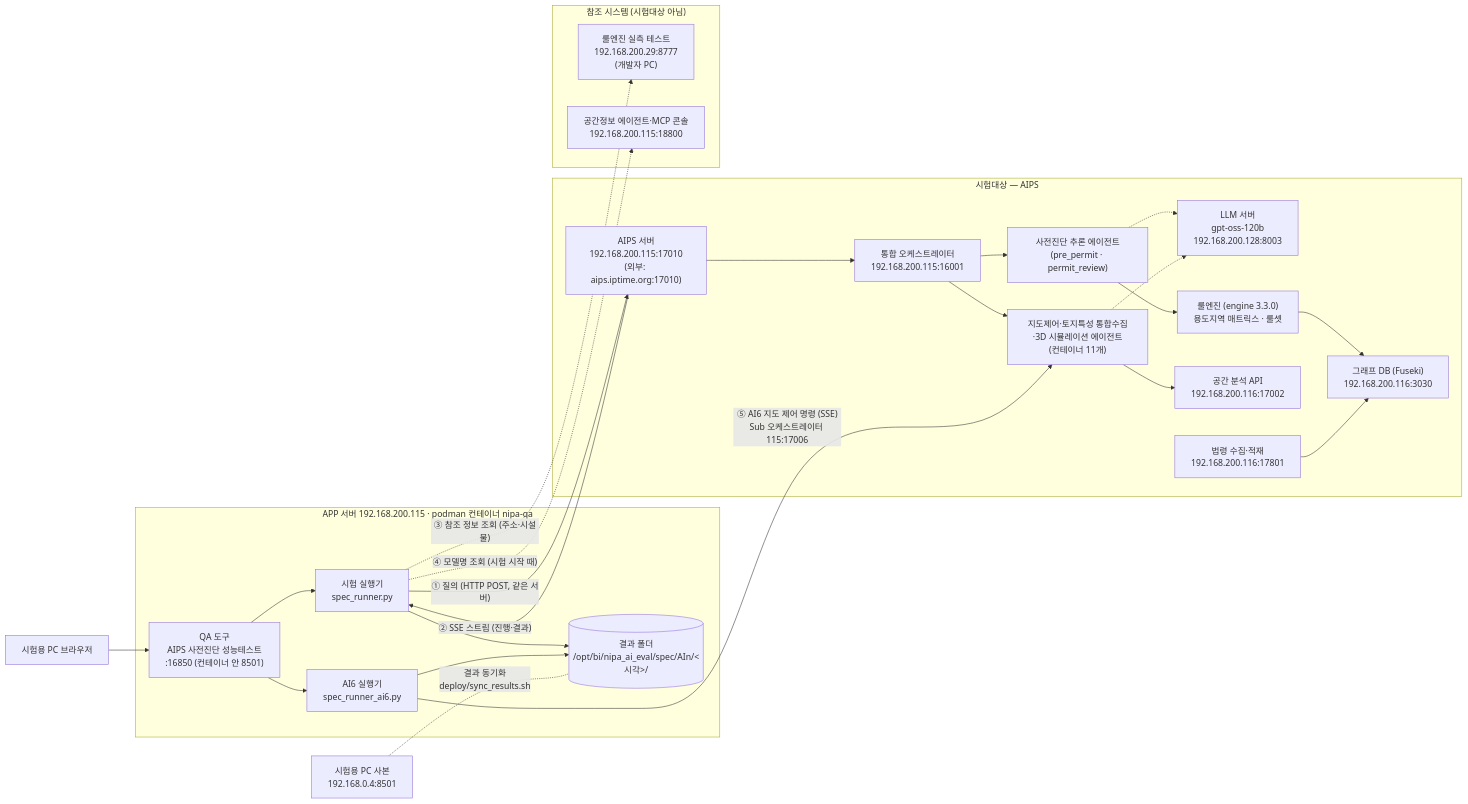
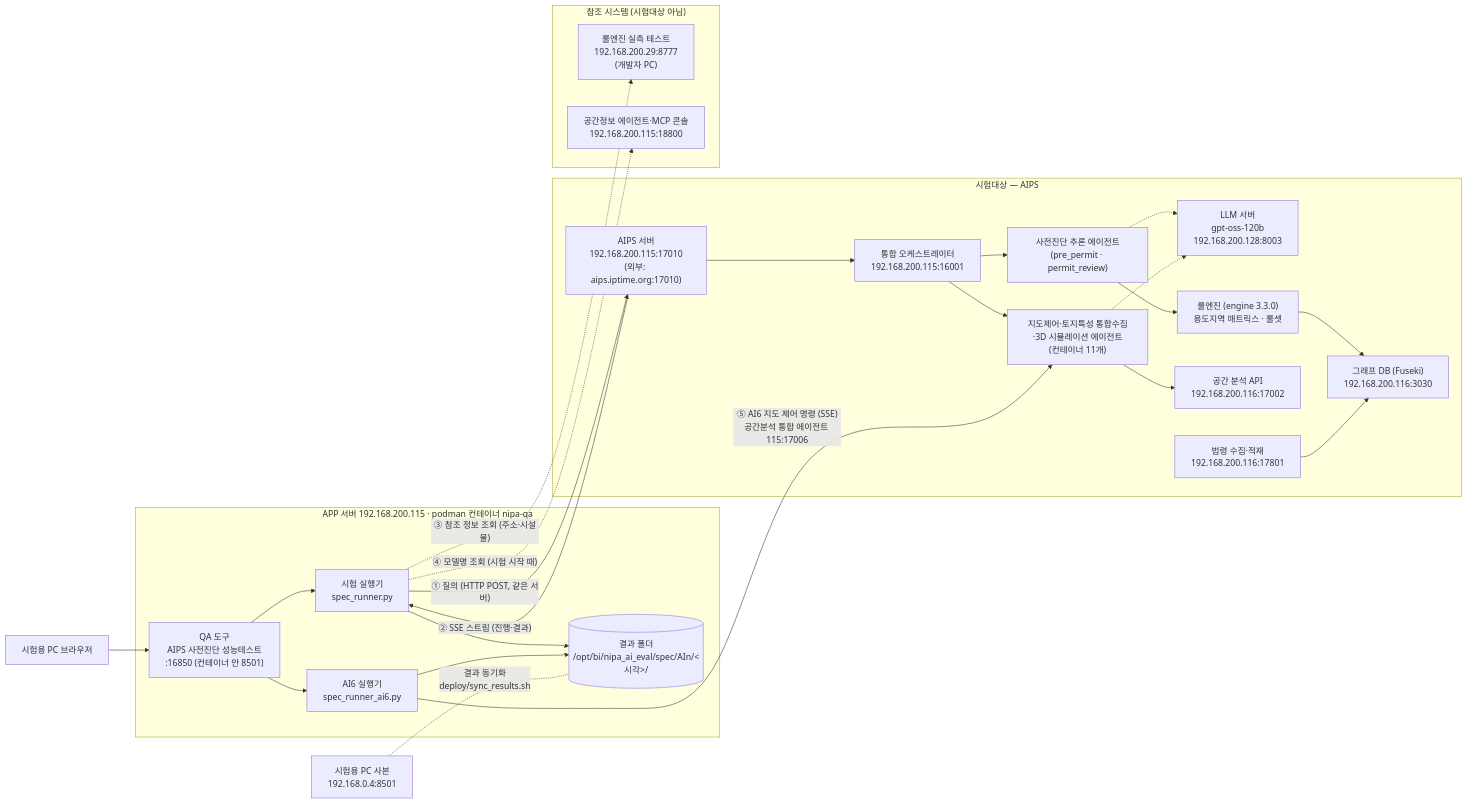
Before and after one commit to eunkyeoung/nipa_ai_eval: the first of 2 diagrams in 시스템_아키텍처.md, drawn with Mermaid. The commit also changed other lines of this file and 8 other files, not shown here.

Commit message:
[AI6·AI7] 동결 버전 확인 표 명칭을 규격서 v.15 명칭으로(공간분석 통합 에이전트·분석 모듈·3D 시뮬레이션 모듈)(130절)

````diff
--- a/시스템_아키텍처.md
+++ b/시스템_아키텍처.md
@@ -18,44 +18,44 @@
 ```mermaid
 flowchart LR
     BR["시험용 PC 브라우저"] --> APP
     subgraph QA["APP 서버 192.168.200.115 · podman 컨테이너 nipa-qa"]
         APP["QA 도구<br/>AIPS 사전진단 성능테스트<br/>:16850 (컨테이너 안 8501)"]
         APP --> RUN["시험 실행기<br/>spec_runner.py"]
         APP --> RUN6["AI6 실행기<br/>spec_runner_ai6.py"]
         RUN --> FS[("결과 폴더<br/>/opt/bi/nipa_ai_eval/spec/AIn/&lt;시각&gt;/")]
         RUN6 --> FS
     end
     PCQA["시험용 PC 사본<br/>192.168.0.4:8501"] -. "결과 동기화<br/>deploy/sync_results.sh" .- FS
 
     subgraph SUT["시험대상 — AIPS"]
         WEB["AIPS 서버<br/>192.168.200.115:17010<br/>(외부: aips.iptime.org:17010)"]
         ORC["통합 오케스트레이터<br/>192.168.200.115:16001"]
         PP["사전진단 추론 에이전트<br/>(pre_permit · permit_review)"]
         SPA["지도제어·토지특성 통합수집·3D 시뮬레이션 에이전트<br/>(컨테이너 11개)"]
         LLM["LLM 서버<br/>gpt-oss-120b<br/>192.168.200.128:8003"]
         ENG["룰엔진 (engine 3.3.0)<br/>용도지역 매트릭스 · 룰셋"]
         GEO["공간 분석 API<br/>192.168.200.116:17002"]
         LAW["법령 수집·적재<br/>192.168.200.116:17801"]
         FUS["그래프 DB (Fuseki)<br/>192.168.200.116:3030"]
         WEB --> ORC
         ORC --> PP
         ORC --> SPA
         PP --> ENG
         SPA --> GEO
         PP -.-> LLM
         SPA -.-> LLM
         ENG --> FUS
         LAW --> FUS
     end
 
     subgraph REF["참조 시스템 (시험대상 아님)"]
         R8777["룰엔진 실측 테스트<br/>192.168.200.29:8777<br/>(개발자 PC)"]
         CON["공간정보 에이전트·MCP 콘솔<br/>192.168.200.115:18800"]
     end
 
     RUN -- "① 질의 (HTTP POST, 같은 서버)" --> WEB
     WEB -- "② SSE 스트림 (진행·결과)" --> RUN
     RUN -. "③ 참조 정보 조회 (주소·시설물)" .-> R8777
     RUN -. "④ 모델명 조회 (시험 시작 때)" .-> CON
-    RUN6 -- "⑤ AI6 지도 제어 명령 (SSE)<br/>Sub 오케스트레이터 115:17006" --> SPA
+    RUN6 -- "⑤ AI6 지도 제어 명령 (SSE)<br/>공간분석 통합 에이전트 115:17006" --> SPA
 ```
````
